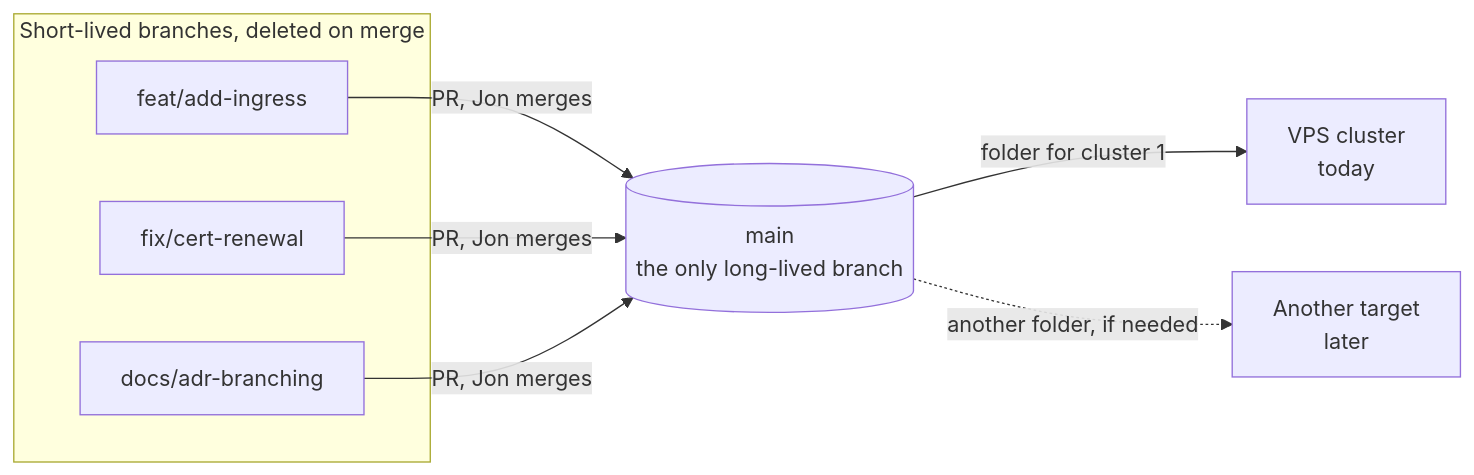
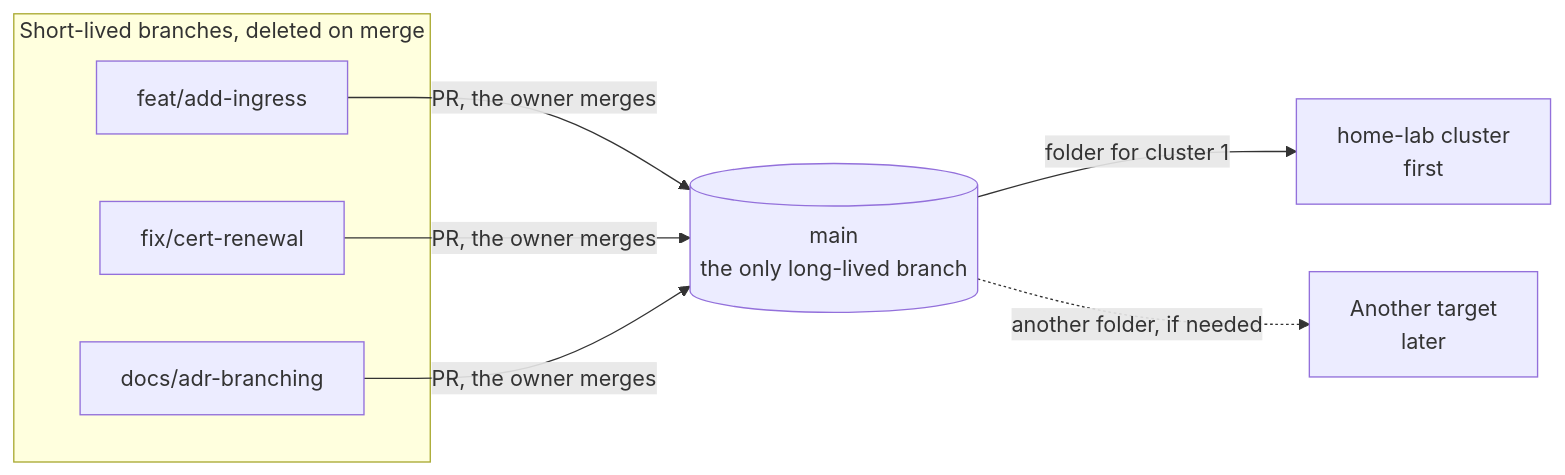
One commit to jonhill90/central-hub changed the diagram in docs/decisions/0002-use-one-main-branch-with-environment-folders.md. Above: the diagram before and after it, drawn with Mermaid. The commit also changed other lines of this file and 59 other files, not shown here.

````diff
--- a/docs/decisions/0002-use-one-main-branch-with-environment-folders.md
+++ b/docs/decisions/0002-use-one-main-branch-with-environment-folders.md
@@ -50,14 +49,14 @@
 ```mermaid
 flowchart LR
   subgraph short["Short-lived branches, deleted on merge"]
     F["feat/add-ingress"]
     X["fix/cert-renewal"]
     D["docs/adr-branching"]
   end
-  F -->|PR, Jon merges| M
-  X -->|PR, Jon merges| M
-  D -->|PR, Jon merges| M
+  F -->|PR, the owner merges| M
+  X -->|PR, the owner merges| M
+  D -->|PR, the owner merges| M
   M[("main<br/>the only long-lived branch")]
-  M -->|folder for cluster 1| C1["VPS cluster<br/>today"]
+  M -->|folder for cluster 1| C1["home-lab cluster<br/>first"]
   M -.->|another folder, if needed| C2["Another target<br/>later"]
 ```
````
